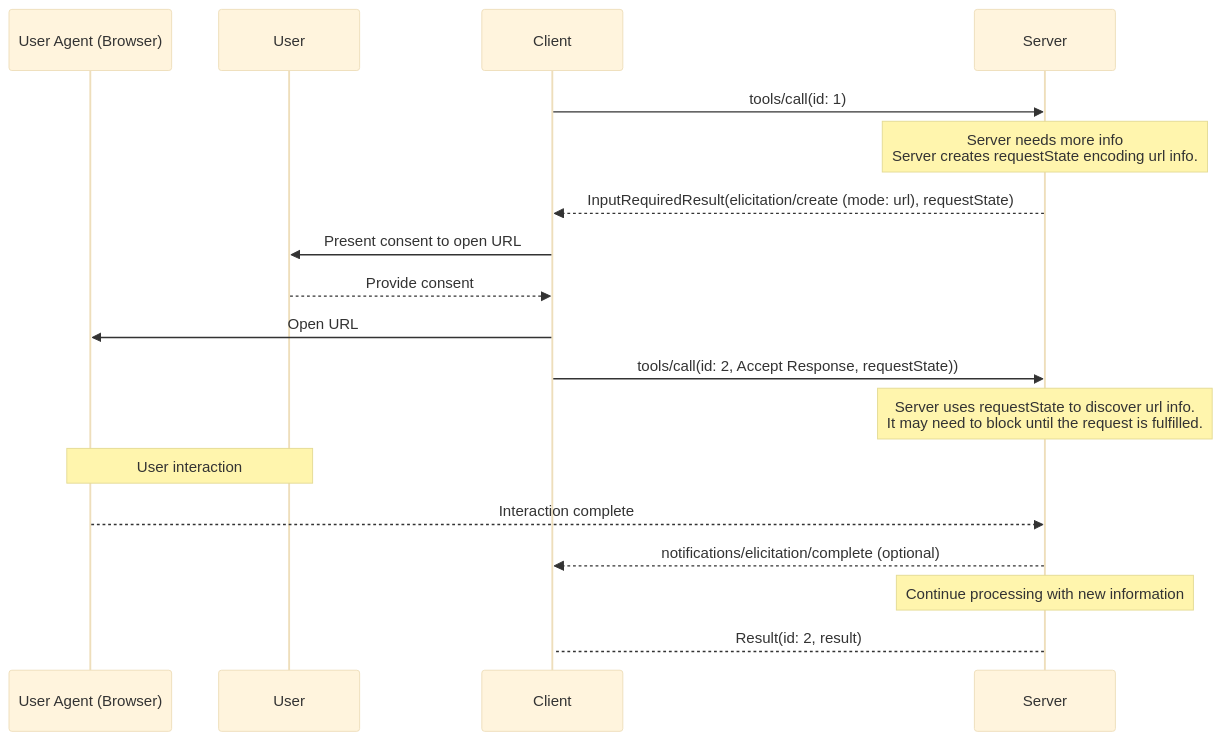
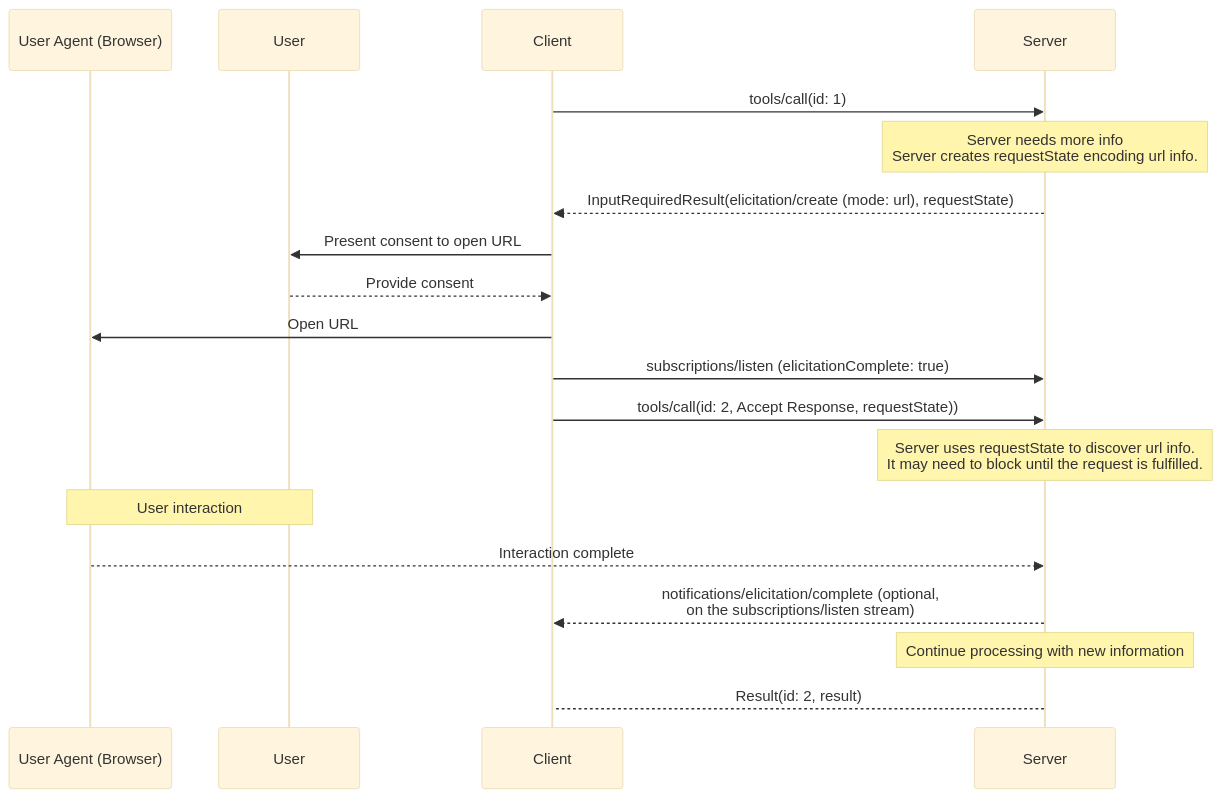
One commit to modelcontextprotocol/modelcontextprotocol changed the second of 3 diagrams in docs/specification/draft/client/elicitation.mdx. Above: the diagram before and after it, drawn with Mermaid (base theme). The commit also changed other lines of this file and 5 other files, not shown here.

First line of the commit message:
Add elicitationComplete to the subscriptions/listen filter

````diff
--- a/docs/specification/draft/client/elicitation.mdx
+++ b/docs/specification/draft/client/elicitation.mdx
@@ -434,25 +447,26 @@
 ```mermaid
 sequenceDiagram
     participant UserAgent as User Agent (Browser)
     participant User
     participant Client
     participant Server
 
     Client->>Server: tools/call(id: 1)
     Note over Server: Server needs more info <br/> Server creates requestState encoding url info.
     Server-->>Client: InputRequiredResult(elicitation/create (mode: url), requestState)
 
     Client->>User: Present consent to open URL
     User-->>Client: Provide consent
 
     Client->>UserAgent: Open URL
+    Client->>Server: subscriptions/listen (elicitationComplete: true)
     Client->>Server: tools/call(id: 2, Accept Response, requestState))
     Note over Server: Server uses requestState to discover url info. <br/> It may need to block until the request is fulfilled.
 
     Note over User,UserAgent: User interaction
     UserAgent-->>Server: Interaction complete
-    Server-->>Client: notifications/elicitation/complete (optional)
+    Server-->>Client: notifications/elicitation/complete (optional,<br/>on the subscriptions/listen stream)
 
     Note over Server: Continue processing with new information
     Server-->Client: Result(id: 2, result)
 ```
````
